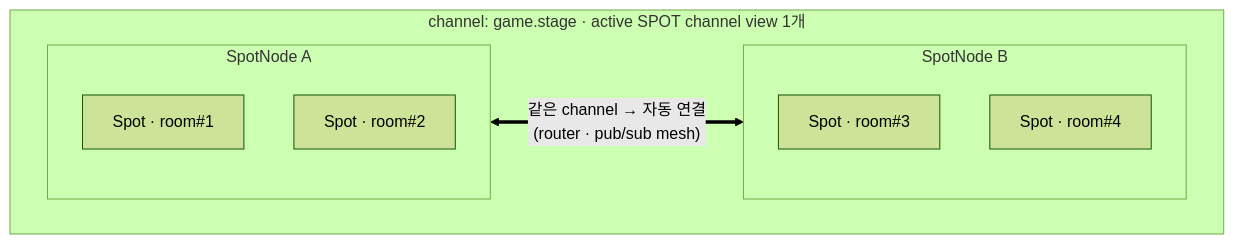
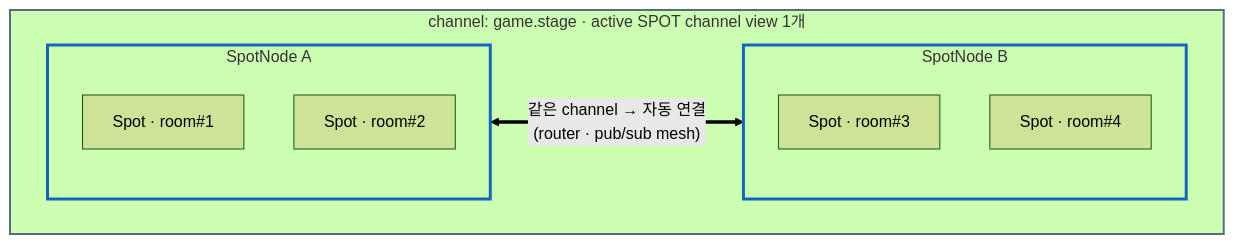
The first of 8 diagrams in framework/doc/framework/dotnet/guide/05-spot.ko.md (kairos-code-dev/zlink), drawn with Mermaid (forest theme) before and after one commit. The commit also changed other lines of this file and 26 other files, not shown here.

````diff
--- a/framework/doc/framework/dotnet/guide/05-spot.ko.md
+++ b/framework/doc/framework/dotnet/guide/05-spot.ko.md
@@ -43,17 +43,20 @@
 ```mermaid
 flowchart LR
   subgraph ch1["channel: game.stage · active SPOT channel view 1개"]
     direction LR
     subgraph nA["SpotNode A"]
       direction TB
       sA1["Spot · room#1"]
       sA2["Spot · room#2"]
     end
     subgraph nB["SpotNode B"]
       direction TB
       sB1["Spot · room#3"]
       sB2["Spot · room#4"]
     end
     nA <==>|"같은 channel → 자동 연결<br/>(router · pub/sub mesh)"| nB
   end
+  style ch1 stroke:#546e7a,stroke-width:2px
+  style nA stroke:#1565c0,stroke-width:3px
+  style nB stroke:#1565c0,stroke-width:3px
 ```
````
